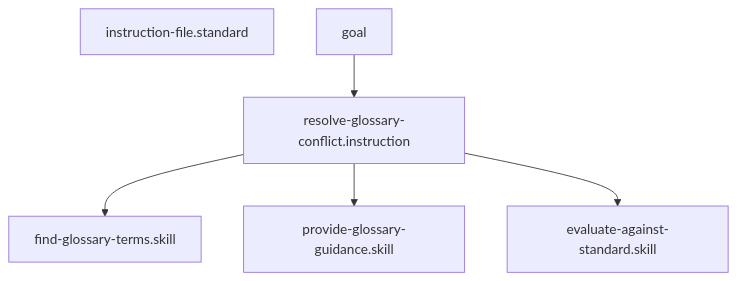
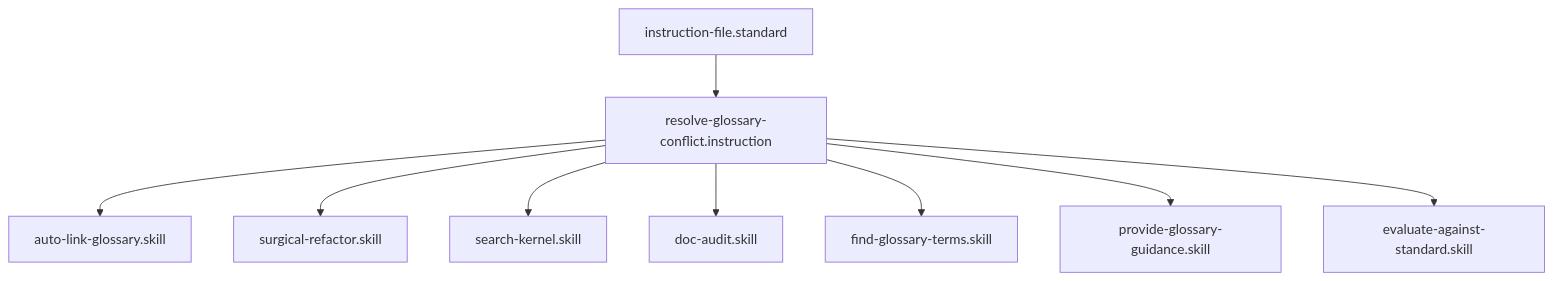
Before and after one commit to Gizmo4Life/ai-kernel: the diagram in instructions/resolve-glossary-conflict.instruction.md, drawn with Mermaid. The commit also changed other lines of this file and 89 other files, not shown here.

````diff
--- a/instructions/resolve-glossary-conflict.instruction.md
+++ b/instructions/resolve-glossary-conflict.instruction.md
@@ -26,8 +26,11 @@
 ```mermaid
 graph TD
-    instruction-file.standard
-goal --> resolve-glossary-conflict.instruction
+    instruction-file.standard --> resolve-glossary-conflict.instruction
+    resolve-glossary-conflict.instruction --> auto-link-glossary[auto-link-glossary.skill]
+    resolve-glossary-conflict.instruction --> surgical-refactor[surgical-refactor.skill]
+    resolve-glossary-conflict.instruction --> search-kernel[search-kernel.skill]
+    resolve-glossary-conflict.instruction --> doc-audit[doc-audit.skill]
     resolve-glossary-conflict.instruction --> find-glossary-terms[find-glossary-terms.skill]
     resolve-glossary-conflict.instruction --> provide-glossary-guidance[provide-glossary-guidance.skill]
     resolve-glossary-conflict.instruction --> evaluate-against-standard[evaluate-against-standard.skill]
 ```
````
